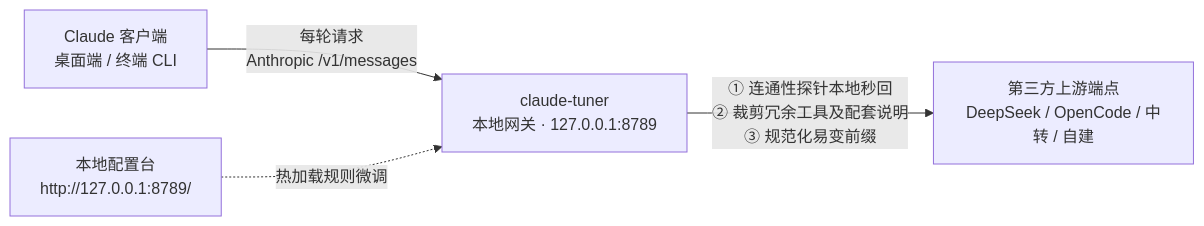
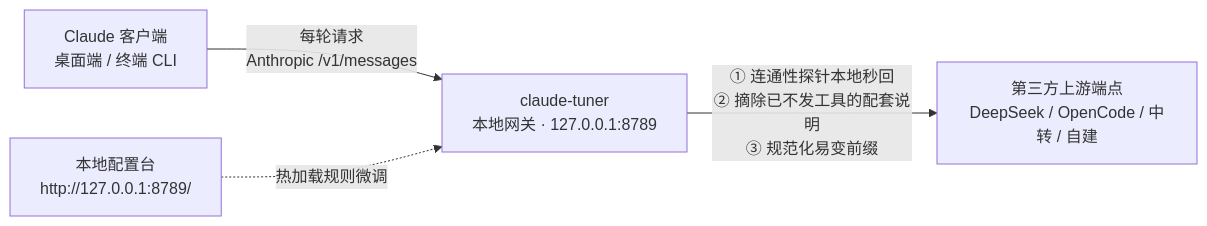
Before and after one commit to ls-open/claude-tuner: the diagram in README.md, drawn with Mermaid. The commit also changed other lines of this file and 26 other files, not shown here.

````diff
--- a/README.md
+++ b/README.md
@@ -63,6 +63,6 @@
 ```mermaid
 flowchart LR
     C["Claude 客户端<br/>桌面端 / 终端 CLI"] -->|"每轮请求<br/>Anthropic /v1/messages"| G["claude-tuner<br/>本地网关 · 127.0.0.1:8789"]
-    G -->|"① 连通性探针本地秒回<br/>② 裁剪冗余工具及配套说明<br/>③ 规范化易变前缀"| U["第三方上游端点<br/>DeepSeek / OpenCode / 中转 / 自建"]
+    G -->|"① 连通性探针本地秒回<br/>② 摘除已不发工具的配套说明<br/>③ 规范化易变前缀"| U["第三方上游端点<br/>DeepSeek / OpenCode / 中转 / 自建"]
     W["本地配置台<br/>http://127.0.0.1:8789/"] -.->|"热加载规则微调"| G
 ```
````
